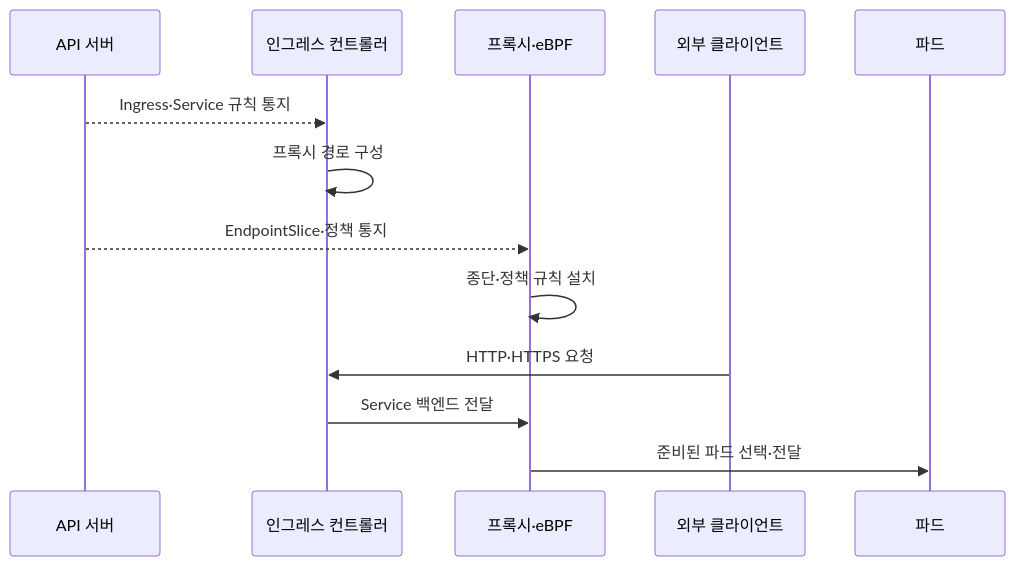
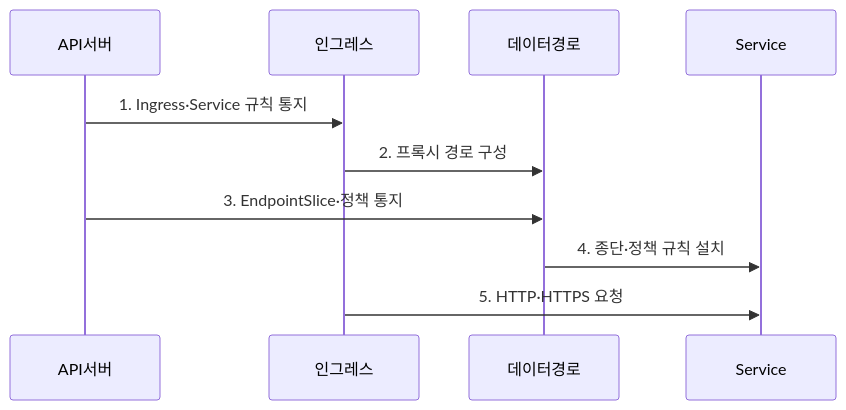
The second of 2 diagrams in src/content/docs/notes/04-network/062_kubernetes_networking.md (agnusdei1207/knowledge-base), drawn with Mermaid before and after one commit. The commit also changed other lines of this file and 20 other files, not shown here.

````diff
--- a/src/content/docs/notes/04-network/062_kubernetes_networking.md
+++ b/src/content/docs/notes/04-network/062_kubernetes_networking.md
@@ -98,15 +90,12 @@
 ```mermaid
 sequenceDiagram
-    participant A as API 서버
-    participant I as 인그레스 컨트롤러
-    participant D as 프록시·eBPF
-    participant C as 외부 클라이언트
-    participant P as 파드
-    A-->>I: Ingress·Service 규칙 통지
-    I->>I: 프록시 경로 구성
-    A-->>D: EndpointSlice·정책 통지
-    D->>D: 종단·정책 규칙 설치
-    C->>I: HTTP·HTTPS 요청
-    I->>D: Service 백엔드 전달
-    D->>P: 준비된 파드 선택·전달
+    participant API서버
+    participant 인그레스
+    participant 데이터경로
+    participant Service
+    API서버->>인그레스: 1. Ingress·Service 규칙 통지
+    인그레스->>데이터경로: 2. 프록시 경로 구성
+    API서버->>데이터경로: 3. EndpointSlice·정책 통지
+    데이터경로->>Service: 4. 종단·정책 규칙 설치
+    인그레스->>Service: 5. HTTP·HTTPS 요청
 ```
````
